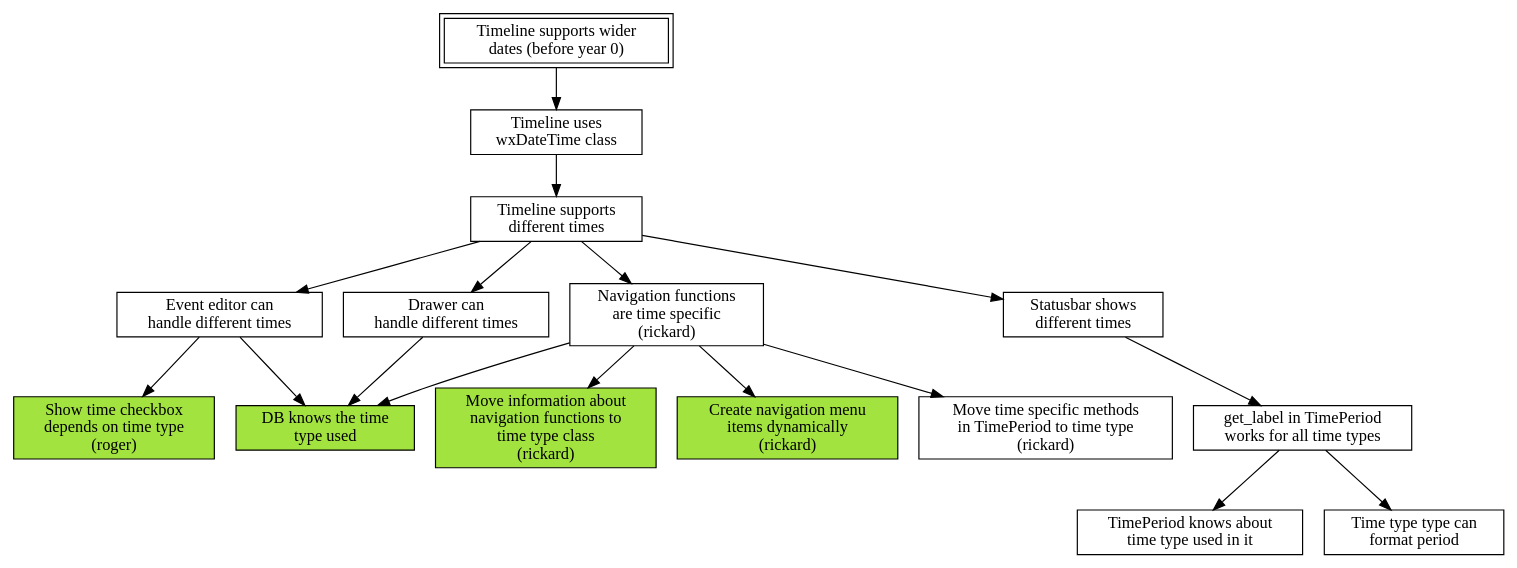
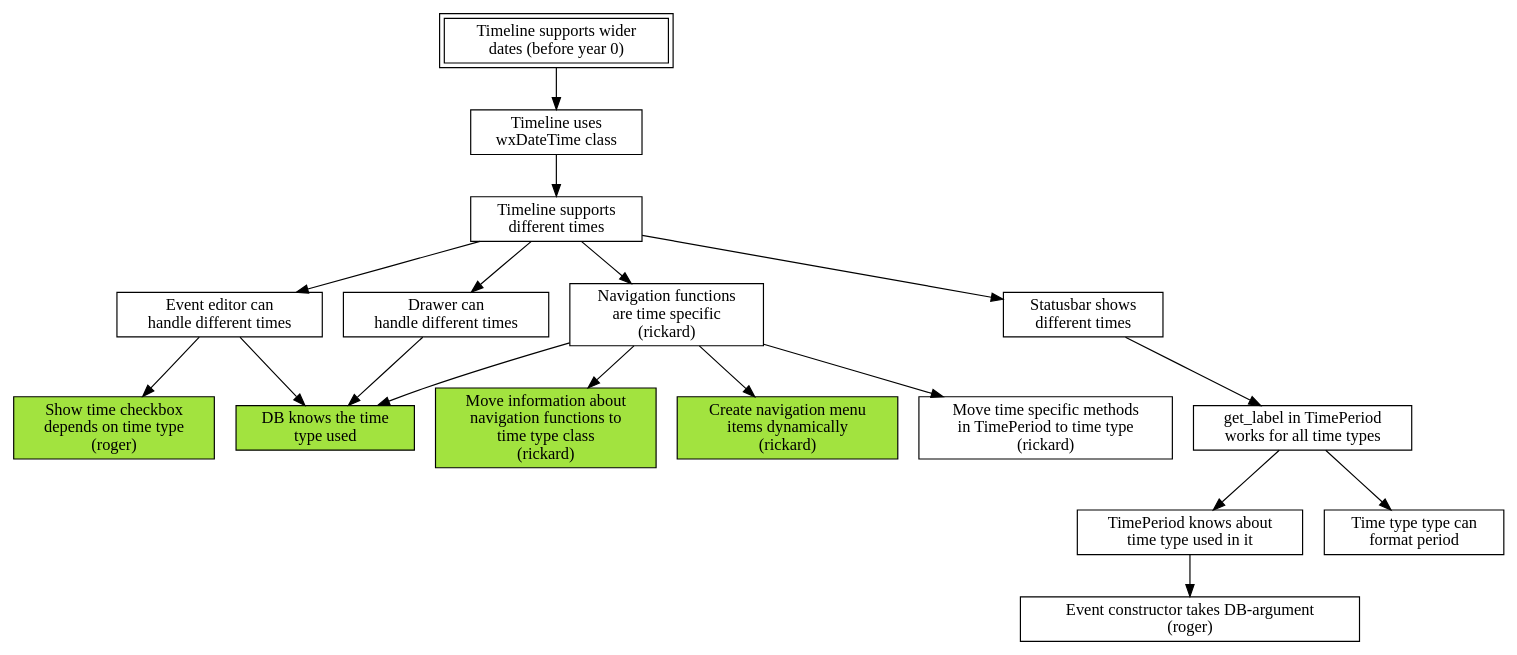
Before and after one commit to shutaozhenzhen/thetimelineproj: the diagram in mikado.dot, drawn with Graphviz.

```diff
--- a/mikado.dot
+++ b/mikado.dot
@@ -1,57 +1,60 @@
 digraph mikado
 {
     node [shape=box];
 
     wider_dates [label="Timeline supports wider\ndates (before year 0)"];
     wider_dates [peripheries=2];
         wider_dates -> switch_to_wx_time;
 
     switch_to_wx_time [label="Timeline uses\nwxDateTime class"];
         switch_to_wx_time -> different_time;
 
     different_time [label="Timeline supports\ndifferent times "];
         different_time -> event_editor;
         different_time -> drawer;
         different_time -> navigation;
         different_time -> status_bar;
 
     event_editor [label="Event editor can\nhandle different times"];
         event_editor -> show_time;
         event_editor -> db_has_type_info;
 
     drawer [label="Drawer can\nhandle different times"];
         drawer -> db_has_type_info;
 
     navigation [label="Navigation functions\nare time specific\n(rickard)"];
         navigation -> db_has_type_info;
         navigation -> move_nav_to_time_type;
         navigation -> create_menu_items_dynamically;
         navigation -> time_period;
 
     status_bar [label="Statusbar shows\ndifferent times"];
         status_bar -> get_label;
         get_label -> time_period_knows_type;
 
     get_label [label="get_label in TimePeriod\nworks for all time types"];
         get_label -> type_format;
 
+    time_period_knows_type [label="TimePeriod knows about\ntime type used in it"];
+	time_period_knows_type -> event_constructor;
+
     // Leaves
 
     show_time [label="Show time checkbox\ndepends on time type\n(roger)"];
     show_time [style=filled,fillcolor="#A2E33F"];
 
     db_has_type_info [label="DB knows the time\ntype used"];
     db_has_type_info [style=filled,fillcolor="#A2E33F"];
 
     move_nav_to_time_type [label="Move information about\nnavigation functions to\ntime type class\n(rickard)"];
     move_nav_to_time_type [style=filled,fillcolor="#A2E33F"];
 
     create_menu_items_dynamically [label="Create navigation menu\nitems dynamically\n(rickard)"];
     create_menu_items_dynamically [style=filled,fillcolor="#A2E33F"];
 
     time_period [label="Move time specific methods\nin TimePeriod to time type\n(rickard)"];
 
-    time_period_knows_type [label="TimePeriod knows about\ntime type used in it"];
-
     type_format [label="Time type type can\nformat period"];
+    
+    event_constructor[label="Event constructor takes DB-argument\n(roger)"];
 }
```
